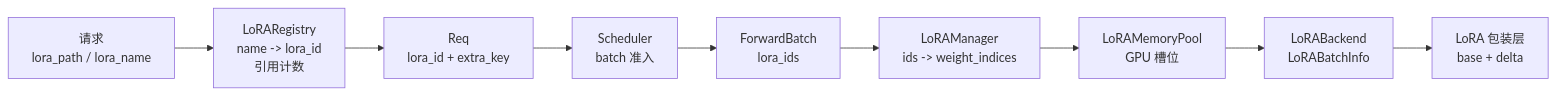
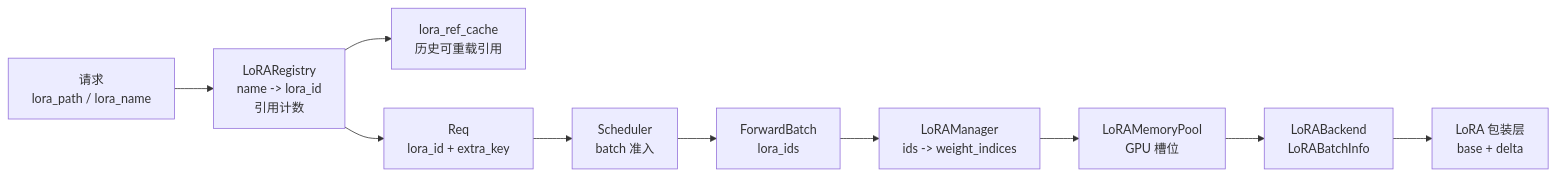
Before and after one commit to OnlyHero5/sglang-reading-vault: the diagram in sglang_reading/扩展组件/LoRA/SGLang-LoRA.md, drawn with Mermaid. The commit also changed other lines of this file and 512 other files, not shown here.

````diff
--- a/sglang_reading/扩展组件/LoRA/SGLang-LoRA.md
+++ b/sglang_reading/扩展组件/LoRA/SGLang-LoRA.md
@@ -31,11 +32,12 @@
 ```mermaid
 flowchart LR
   API["请求<br/>lora_path / lora_name"] --> REG["LoRARegistry<br/>name -> lora_id<br/>引用计数"]
+  REG --> HIST["lora_ref_cache<br/>历史可重载引用"]
   REG --> REQ["Req<br/>lora_id + extra_key"]
   REQ --> SCH["Scheduler<br/>batch 准入"]
   SCH --> FB["ForwardBatch<br/>lora_ids"]
   FB --> MGR["LoRAManager<br/>ids -> weight_indices"]
   MGR --> POOL["LoRAMemoryPool<br/>GPU 槽位"]
   POOL --> BE["LoRABackend<br/>LoRABatchInfo"]
   BE --> LAYER["LoRA 包装层<br/>base + delta"]
 ```
````
